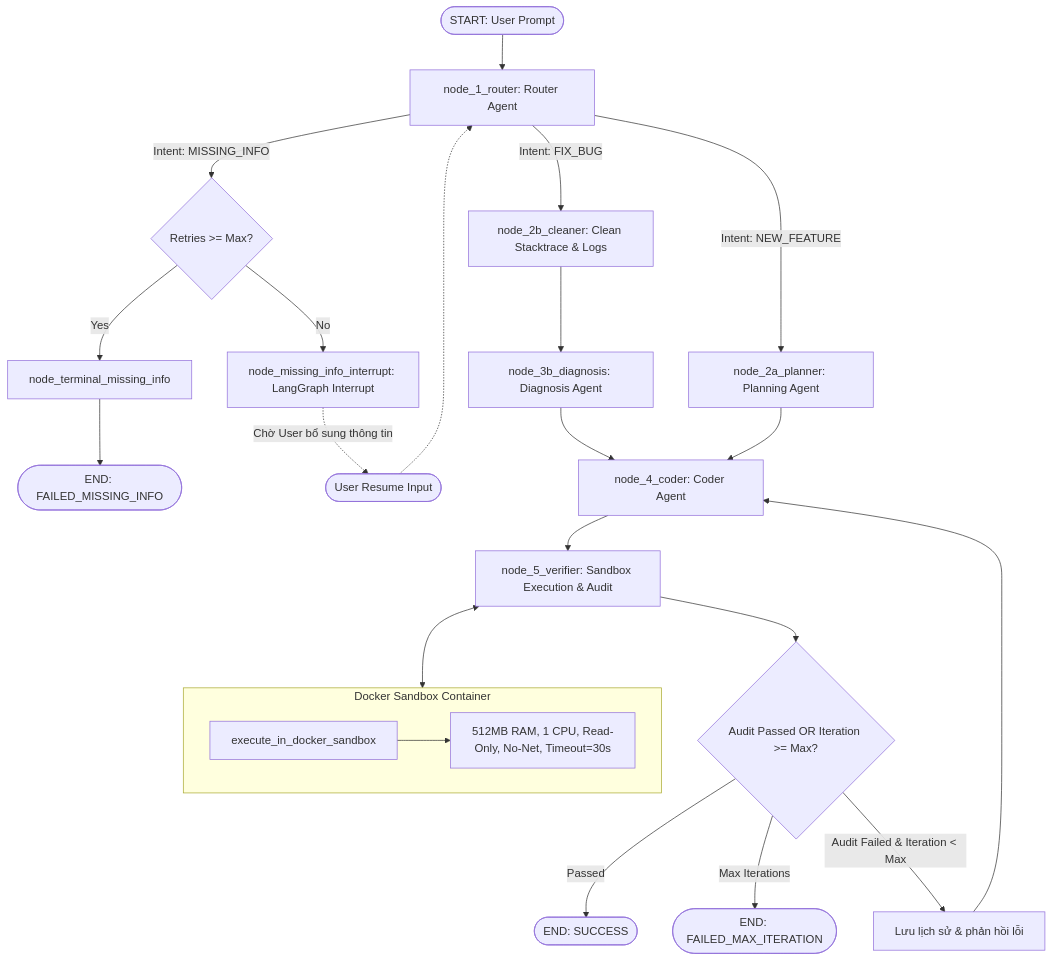
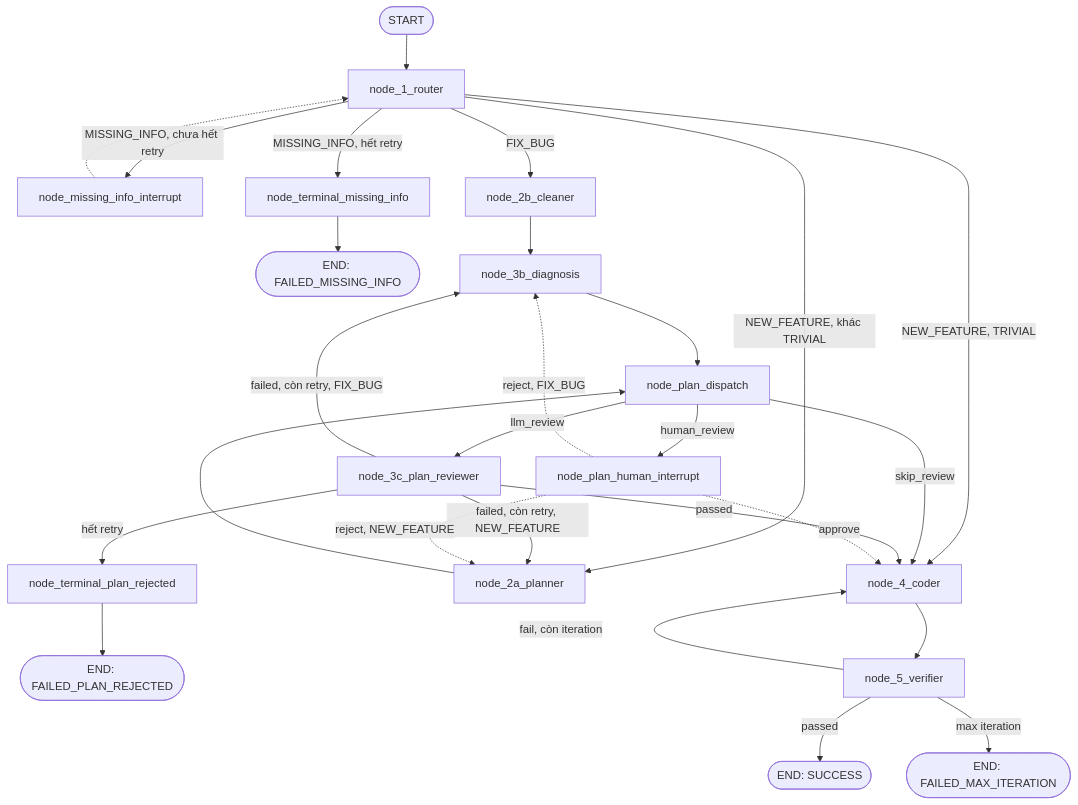
Before and after one commit to vchieu/ai_engineer_agent: the diagram in AGENTS.md, drawn with Mermaid. The commit also changed other lines of this file and 10 other files, not shown here.

Commit message:
feat: integrate Plan Review & Dispatch system and update tests/docs

````diff
--- a/AGENTS.md
+++ b/AGENTS.md
@@ -72,29 +72,33 @@
 ```mermaid
 flowchart TD
-    Start([START: User Prompt]) --> Router[node_1_router: Router Agent]
+    Start([START]) --> Router[node_1_router]
 
-    Router -->|Intent: MISSING_INFO| CheckRetry{Retries >= Max?}
-    CheckRetry -->|Yes| TerminalMissing[node_terminal_missing_info] --> EndFailMissing([END: FAILED_MISSING_INFO])
-    CheckRetry -->|No| Interrupt[node_missing_info_interrupt: LangGraph Interrupt]
-    Interrupt -.->|Chờ User bổ sung thông tin| Resume([User Resume Input]) -.-> Router
+    Router -->|MISSING_INFO, chưa hết retry| Interrupt[node_missing_info_interrupt]
+    Router -->|MISSING_INFO, hết retry| TerminalMissing[node_terminal_missing_info] --> EndMissing([END: FAILED_MISSING_INFO])
+    Interrupt -.-> Router
 
-    Router -->|Intent: FIX_BUG| Cleaner[node_2b_cleaner: Clean Stacktrace & Logs]
-    Cleaner --> Diagnosis[node_3b_diagnosis: Diagnosis Agent]
-    Diagnosis --> Coder[node_4_coder: Coder Agent]
+    Router -->|FIX_BUG| Cleaner[node_2b_cleaner] --> Diagnosis[node_3b_diagnosis]
+    Router -->|NEW_FEATURE, TRIVIAL| Coder
+    Router -->|NEW_FEATURE, khác TRIVIAL| Planner[node_2a_planner]
 
-    Router -->|Intent: NEW_FEATURE| Planner[node_2a_planner: Planning Agent]
-    Planner --> Coder
+    Diagnosis --> Dispatch[node_plan_dispatch]
+    Planner --> Dispatch
 
-    Coder --> Verifier[node_5_verifier: Sandbox Execution & Audit]
-    
-    subgraph Sandbox [Docker Sandbox Container]
-        DockerRun[execute_in_docker_sandbox]
-        DockerRun --> Limits[512MB RAM, 1 CPU, Read-Only, No-Net, Timeout=30s]
-    end
-    Verifier <--> Sandbox
+    Dispatch -->|skip_review| Coder[node_4_coder]
+    Dispatch -->|llm_review| PlanReviewer[node_3c_plan_reviewer]
+    Dispatch -->|human_review| PlanInterrupt[node_plan_human_interrupt]
 
-    Verifier --> CheckVerifier{Audit Passed OR Iteration >= Max?}
-    CheckVerifier -->|Passed| EndSuccess([END: SUCCESS])
-    CheckVerifier -->|Max Iterations| EndFailIter([END: FAILED_MAX_ITERATION])
-    CheckVerifier -->|Audit Failed & Iteration < Max| Feedback[Lưu lịch sử & phản hồi lỗi] --> Coder
+    PlanReviewer -->|passed| Coder
+    PlanReviewer -->|failed, còn retry, FIX_BUG| Diagnosis
+    PlanReviewer -->|failed, còn retry, NEW_FEATURE| Planner
+    PlanReviewer -->|hết retry| TerminalPlanRejected[node_terminal_plan_rejected] --> EndPlanRejected([END: FAILED_PLAN_REJECTED])
+
+    PlanInterrupt -.->|approve| Coder
+    PlanInterrupt -.->|reject, FIX_BUG| Diagnosis
+    PlanInterrupt -.->|reject, NEW_FEATURE| Planner
+
+    Coder --> Verifier[node_5_verifier]
+    Verifier -->|passed| EndSuccess([END: SUCCESS])
+    Verifier -->|max iteration| EndMaxIter([END: FAILED_MAX_ITERATION])
+    Verifier -->|fail, còn iteration| Coder
 ```
````
